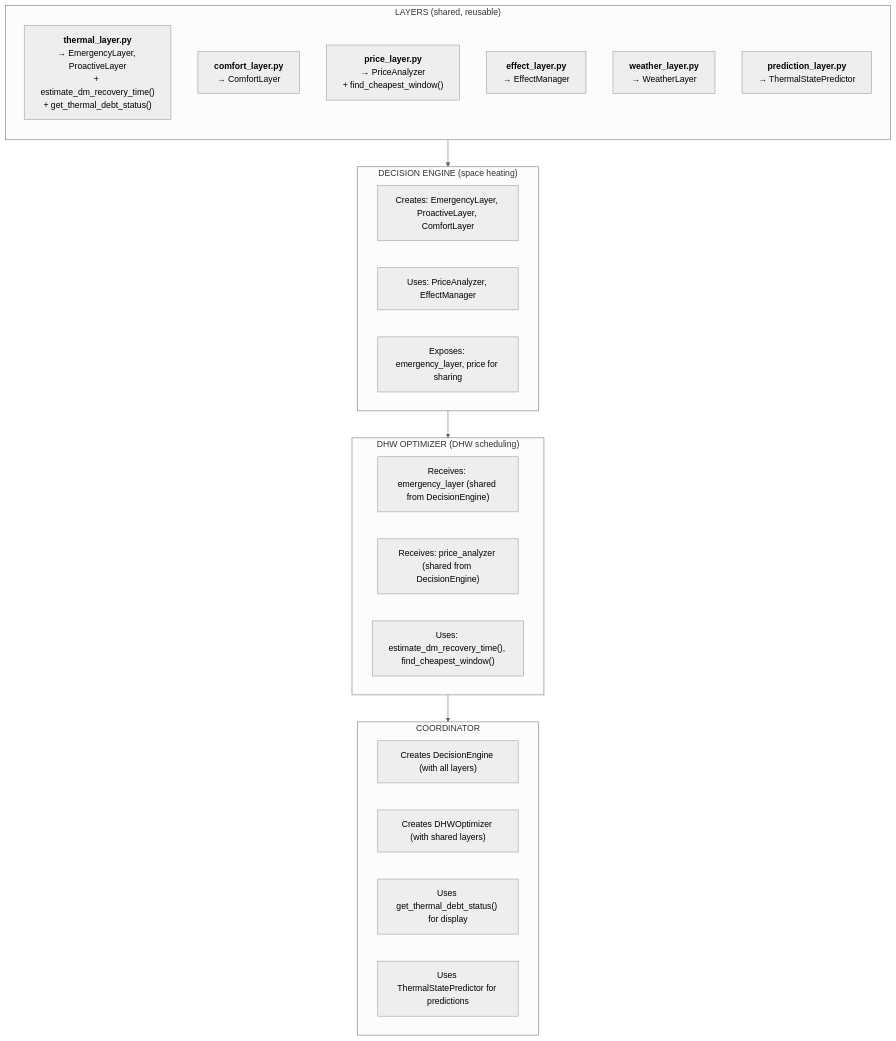
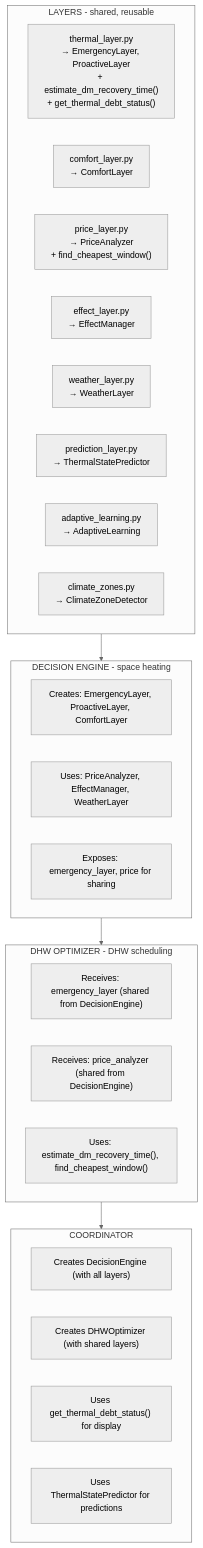
The diagram in docs/architecture/00_overview.md (enoch85/EffektGuard), drawn with Mermaid (neutral theme) before and after one commit.

````diff
--- a/docs/architecture/00_overview.md
+++ b/docs/architecture/00_overview.md
@@ -55,37 +55,39 @@
 ```mermaid
 flowchart TB
-    subgraph Layers["LAYERS (shared, reusable)"]
-        direction TB
-        TL["<b>thermal_layer.py</b><br/>→ EmergencyLayer, ProactiveLayer<br/>+ estimate_dm_recovery_time()<br/>+ get_thermal_debt_status()"]
-        CL["<b>comfort_layer.py</b><br/>→ ComfortLayer"]
-        PrL["<b>price_layer.py</b><br/>→ PriceAnalyzer<br/>+ find_cheapest_window()"]
-        EfL["<b>effect_layer.py</b><br/>→ EffectManager"]
-        WL["<b>weather_layer.py</b><br/>→ WeatherLayer"]
-        PredL["<b>prediction_layer.py</b><br/>→ ThermalStatePredictor"]
+    subgraph Layers["LAYERS - shared, reusable"]
+        direction LR
+        TL["thermal_layer.py<br/>→ EmergencyLayer, ProactiveLayer<br/>+ estimate_dm_recovery_time#40;#41;<br/>+ get_thermal_debt_status#40;#41;"]
+        CL["comfort_layer.py<br/>→ ComfortLayer"]
+        PrL["price_layer.py<br/>→ PriceAnalyzer<br/>+ find_cheapest_window#40;#41;"]
+        EfL["effect_layer.py<br/>→ EffectManager"]
+        WL["weather_layer.py<br/>→ WeatherLayer"]
+        PredL["prediction_layer.py<br/>→ ThermalStatePredictor"]
+        AL["adaptive_learning.py<br/>→ AdaptiveLearning"]
+        CZ["climate_zones.py<br/>→ ClimateZoneDetector"]
     end
 
     Layers --> DE
 
-    subgraph DE["DECISION ENGINE (space heating)"]
+    subgraph DE["DECISION ENGINE - space heating"]
         DE1["Creates: EmergencyLayer, ProactiveLayer, ComfortLayer"]
-        DE2["Uses: PriceAnalyzer, EffectManager"]
+        DE2["Uses: PriceAnalyzer, EffectManager, WeatherLayer"]
         DE3["Exposes: emergency_layer, price for sharing"]
     end
 
     DE --> DHW
 
-    subgraph DHW["DHW OPTIMIZER (DHW scheduling)"]
-        DHW1["Receives: emergency_layer (shared from DecisionEngine)"]
-        DHW2["Receives: price_analyzer (shared from DecisionEngine)"]
-        DHW3["Uses: estimate_dm_recovery_time(), find_cheapest_window()"]
+    subgraph DHW["DHW OPTIMIZER - DHW scheduling"]
+        DHW1["Receives: emergency_layer #40;shared from DecisionEngine#41;"]
+        DHW2["Receives: price_analyzer #40;shared from DecisionEngine#41;"]
+        DHW3["Uses: estimate_dm_recovery_time#40;#41;, find_cheapest_window#40;#41;"]
     end
 
     DHW --> COORD
 
     subgraph COORD["COORDINATOR"]
-        COORD1["Creates DecisionEngine (with all layers)"]
-        COORD2["Creates DHWOptimizer (with shared layers)"]
-        COORD3["Uses get_thermal_debt_status() for display"]
+        COORD1["Creates DecisionEngine #40;with all layers#41;"]
+        COORD2["Creates DHWOptimizer #40;with shared layers#41;"]
+        COORD3["Uses get_thermal_debt_status#40;#41; for display"]
         COORD4["Uses ThermalStatePredictor for predictions"]
     end
 ```
````
